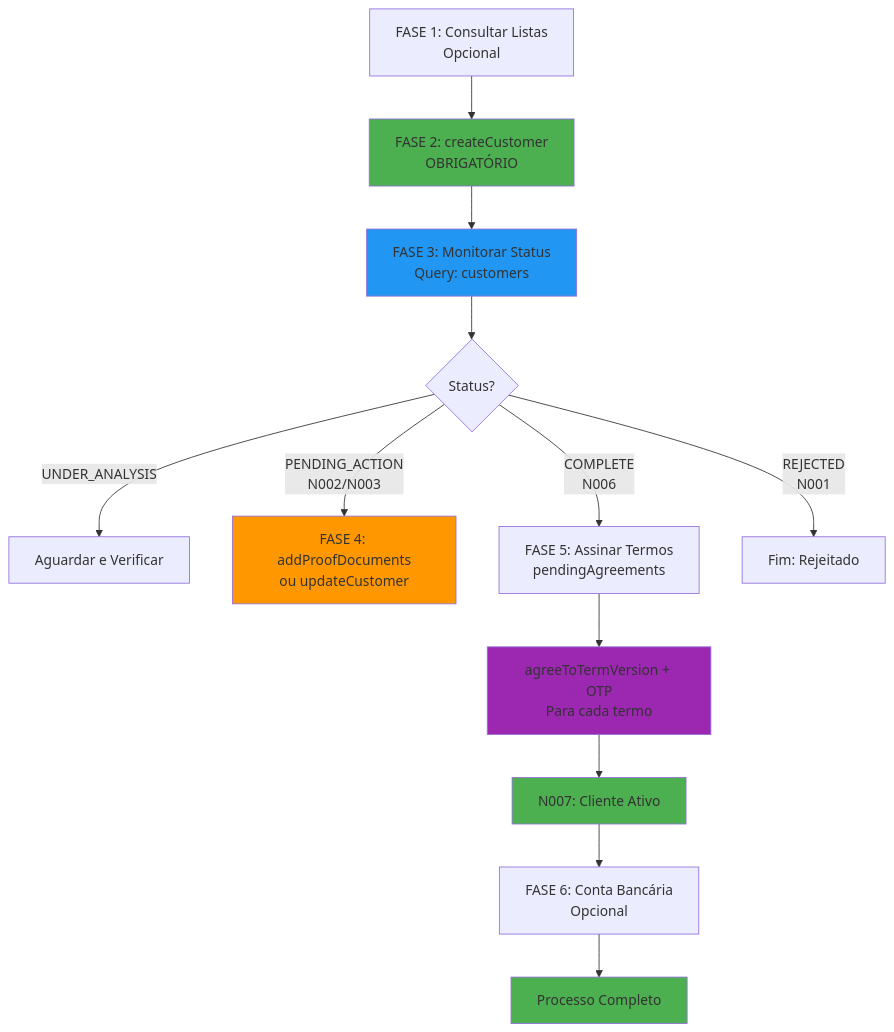
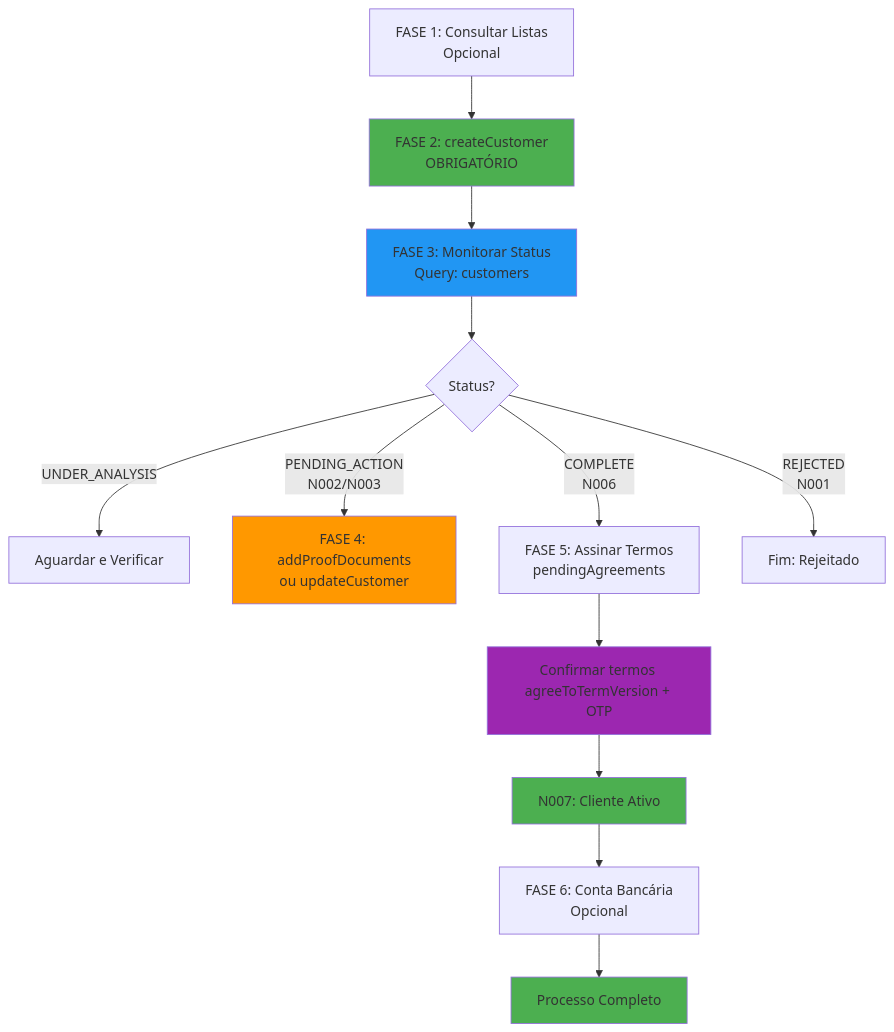
One commit to LucasEsteves2/Doc_Integra-o_IDeal changed the second of 5 diagrams in README.md. Above: the diagram before and after it, drawn with Mermaid. The commit also changed other lines of this file, not shown here.

````diff
--- a/README.md
+++ b/README.md
@@ -29,26 +29,26 @@
 ```mermaid
 flowchart TD
     Prep[FASE 1: Consultar Listas<br/>Opcional] --> Create[FASE 2: createCustomer<br/>OBRIGATÓRIO]
     Create --> Monitor[FASE 3: Monitorar Status<br/>Query: customers]
     Monitor --> Decision{Status?}
     
     Decision -->|UNDER_ANALYSIS| Wait[Aguardar e Verificar]
     
     Decision -->|PENDING_ACTION<br/>N002/N003| Action[FASE 4: addProofDocuments<br/>ou updateCustomer]
     
     Decision -->|COMPLETE<br/>N006| Terms[FASE 5: Assinar Termos<br/>pendingAgreements]
     
     Decision -->|REJECTED<br/>N001| Rejected[Fim: Rejeitado]
     
-    Terms --> Sign[agreeToTermVersion + OTP<br/>Para cada termo]
+    Terms --> Sign[Confirmar termos <br/>agreeToTermVersion + OTP]
     Sign --> Active[N007: Cliente Ativo]
     Active --> Bank[FASE 6: Conta Bancária<br/>Opcional]
     Bank --> End[Processo Completo]
     
     style Create fill:#4CAF50
     style Monitor fill:#2196F3
     style Action fill:#FF9800
     style Sign fill:#9C27B0
     style Active fill:#4CAF50
     style End fill:#4CAF50
 ```
````
